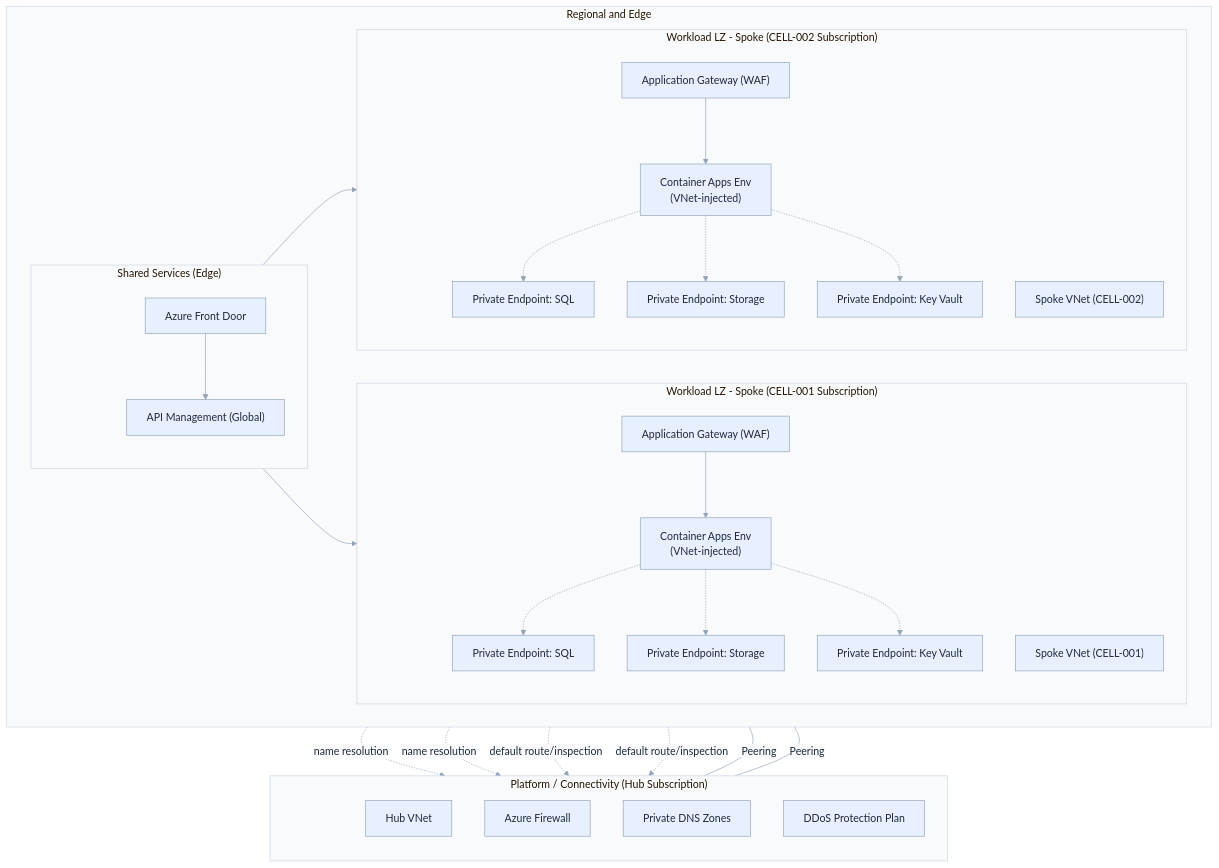
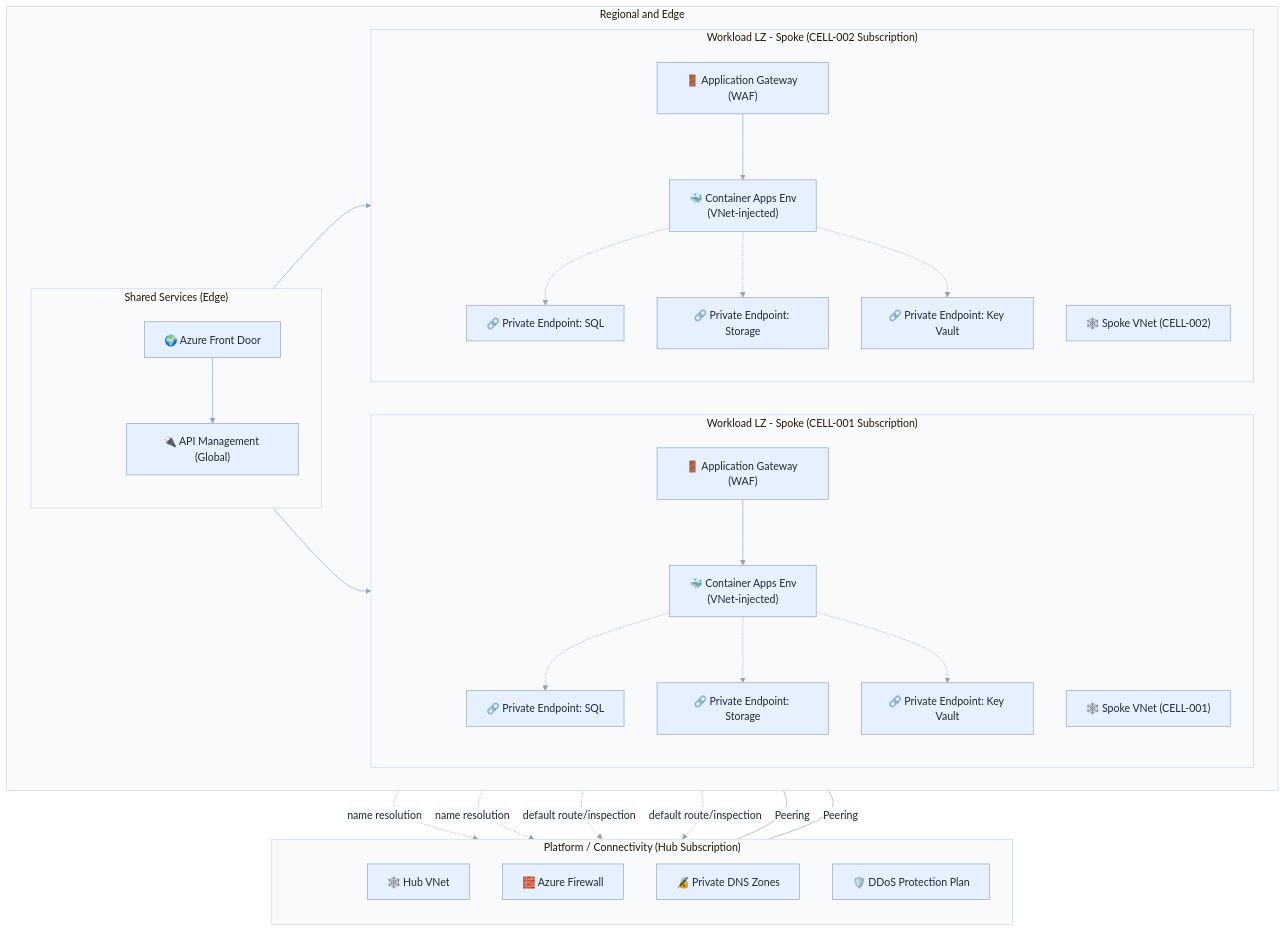
The fourth of 7 diagrams in docs/LANDING_ZONES_GUIDE.md (srnichols/StampsPattern), drawn with Mermaid before and after one commit. The commit also changed other lines of this file and 3 other files, not shown here.

Commit message:
docs: fix Related Guides bullet in LANDING_ZONES_GUIDE; add minimal icons to key diagrams; remove stale mermaid-theme-sample link from DOCS

````diff
--- a/docs/LANDING_ZONES_GUIDE.md
+++ b/docs/LANDING_ZONES_GUIDE.md
@@ -181,79 +181,79 @@
 ```mermaid
 %%{init: {"theme":"base","themeVariables":{"background":"transparent","primaryColor":"#E6F0FF","primaryTextColor":"#1F2937","primaryBorderColor":"#94A3B8","lineColor":"#94A3B8","secondaryColor":"#F3F4F6","tertiaryColor":"#DBEAFE","clusterBkg":"#F8FAFC","clusterBorder":"#CBD5E1","edgeLabelBackground":"#F8FAFC","fontFamily":"Segoe UI, Roboto, Helvetica, Arial, sans-serif"}} }%%
 flowchart TB
   %% Hidden class to keep spacers invisible (declare before use)
   classDef hidden fill:transparent,stroke:transparent,color:transparent;
 
   %% Top: Hub/Connectivity
   subgraph "Platform / Connectivity (Hub Subscription)"
     direction TB
     hub_spacer[" "]
-    HUBVNET["Hub VNet"]
-    AFW["Azure Firewall"]
-    PDNS["Private DNS Zones"]
-    DDOS["DDoS Protection Plan"]
+    HUBVNET["🕸️ Hub VNet"]
+    AFW["🧱 Azure Firewall"]
+    PDNS["🔏 Private DNS Zones"]
+    DDOS["🛡️ DDoS Protection Plan"]
   end
 
   %% Second row: Edge + Workloads arranged horizontally
   subgraph "Regional and Edge"
     direction LR
 
     subgraph "Shared Services (Edge)"
       direction TB
       ss_spacer[" "]
-      FD["Azure Front Door"]
-      APIM["API Management (Global)"]
+      FD["🌍 Azure Front Door"]
+      APIM["🔌 API Management (Global)"]
     end
 
     subgraph "Workload LZ - Spoke (CELL-001 Subscription)"
       direction TB
       sp1_spacer[" "]
-      SP1VNET["Spoke VNet (CELL-001)"]
-      AGW1["Application Gateway (WAF)"]
-      CAE1["Container Apps Env\n(VNet-injected)"]
-      PEP_SQL1["Private Endpoint: SQL"]
-      PEP_ST1["Private Endpoint: Storage"]
-      PEP_KV1["Private Endpoint: Key Vault"]
+      SP1VNET["🕸️ Spoke VNet (CELL-001)"]
+      AGW1["🚪 Application Gateway (WAF)"]
+      CAE1["🐳 Container Apps Env\n(VNet-injected)"]
+      PEP_SQL1["🔗 Private Endpoint: SQL"]
+      PEP_ST1["🔗 Private Endpoint: Storage"]
+      PEP_KV1["🔗 Private Endpoint: Key Vault"]
     end
 
     subgraph "Workload LZ - Spoke (CELL-002 Subscription)"
       direction TB
       sp2_spacer[" "]
-      SP2VNET["Spoke VNet (CELL-002)"]
-      AGW2["Application Gateway (WAF)"]
-      CAE2["Container Apps Env\n(VNet-injected)"]
-      PEP_SQL2["Private Endpoint: SQL"]
-      PEP_ST2["Private Endpoint: Storage"]
-      PEP_KV2["Private Endpoint: Key Vault"]
+      SP2VNET["🕸️ Spoke VNet (CELL-002)"]
+      AGW2["🚪 Application Gateway (WAF)"]
+      CAE2["🐳 Container Apps Env\n(VNet-injected)"]
+      PEP_SQL2["🔗 Private Endpoint: SQL"]
+      PEP_ST2["🔗 Private Endpoint: Storage"]
+      PEP_KV2["🔗 Private Endpoint: Key Vault"]
     end
 
   end
 
   %% Edge to regional ingress
   FD --> APIM
   APIM --> AGW1
   APIM --> AGW2
   AGW1 --> CAE1
   AGW2 --> CAE2
 
   %% Hub-spoke peering
   HUBVNET ---|Peering| SP1VNET
   HUBVNET ---|Peering| SP2VNET
 
   %% Private DNS resolution across spokes
-  SP1VNET -. name resolution .-> PDNS
-  SP2VNET -. name resolution .-> PDNS
+  SP1VNET -. "name resolution" .-> PDNS
+  SP2VNET -. "name resolution" .-> PDNS
 
   %% Optional: traffic inspection via Azure Firewall
   SP1VNET -. default route/inspection .-> AFW
   SP2VNET -. default route/inspection .-> AFW
 
   %% Private endpoints to data services within spokes
   CAE1 -.-> PEP_SQL1
   CAE1 -.-> PEP_ST1
   CAE1 -.-> PEP_KV1
   CAE2 -.-> PEP_SQL2
   CAE2 -.-> PEP_ST2
   CAE2 -.-> PEP_KV2
   class hub_spacer,ss_spacer,sp1_spacer,sp2_spacer hidden;
 ```
````
